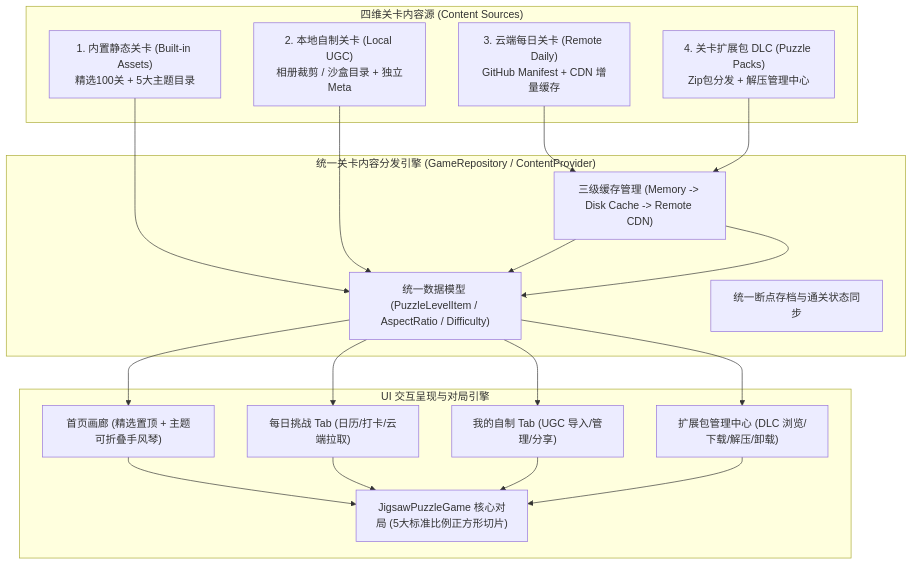
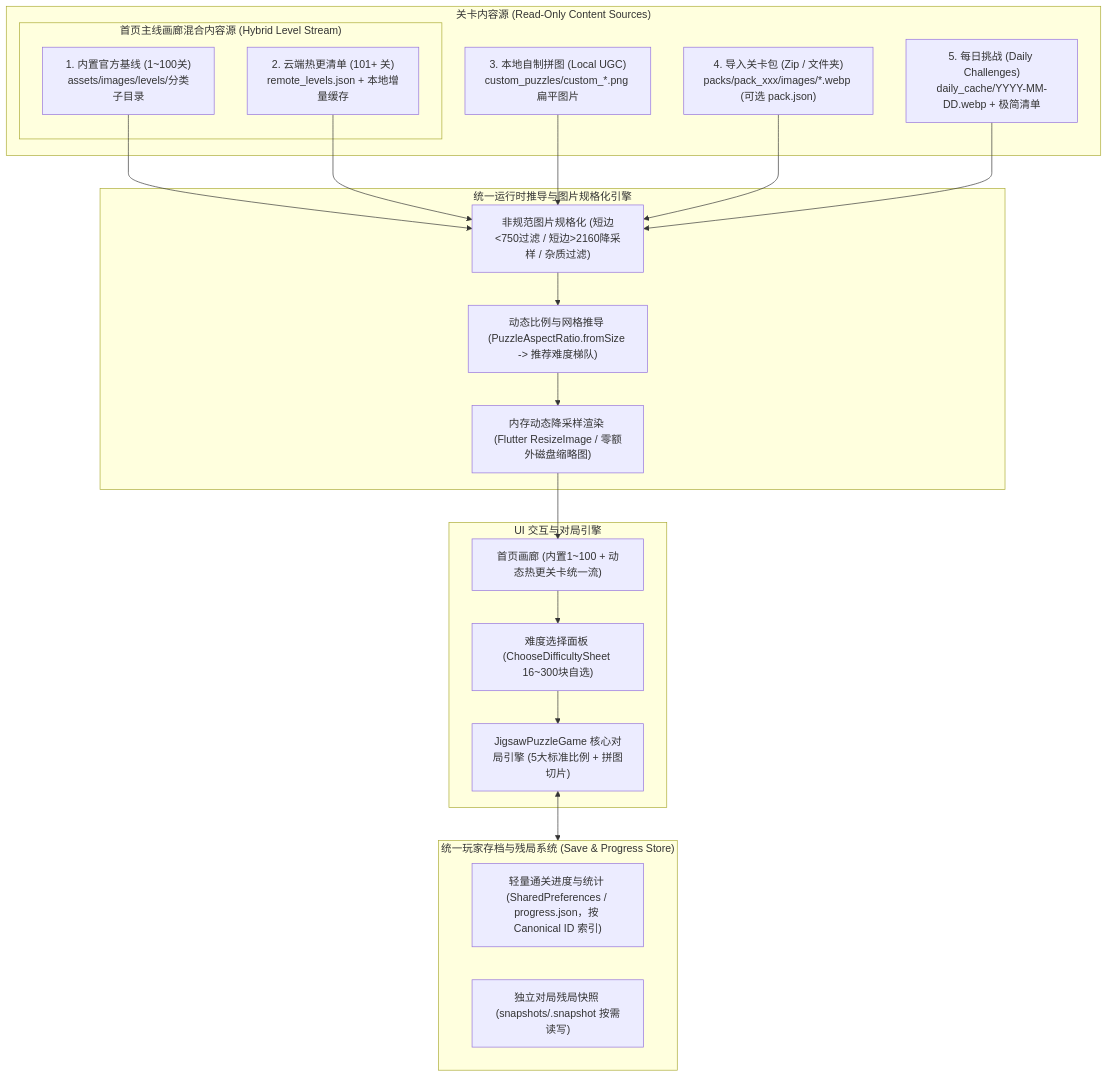
Before and after one commit to mcxiaoke/jigsaw-fox: the diagram in docs/puzzle-content-storage-and-expansion-design.md, drawn with Mermaid. The commit also changed other lines of this file and 13 other files, not shown here.

````diff
--- a/docs/puzzle-content-storage-and-expansion-design.md
+++ b/docs/puzzle-content-storage-and-expansion-design.md
@@ -17,34 +20,36 @@
 ```mermaid
 flowchart TD
-    subgraph ContentSources["四维关卡内容源 (Content Sources)"]
-        A["1. 内置静态关卡 (Built-in Assets)<br/>精选100关 + 5大主题目录"]
-        B["2. 本地自制关卡 (Local UGC)<br/>相册裁剪 / 沙盒目录 + 独立Meta"]
-        C["3. 云端每日关卡 (Remote Daily)<br/>GitHub Manifest + CDN 增量缓存"]
-        D["4. 关卡扩展包 DLC (Puzzle Packs)<br/>Zip包分发 + 解压管理中心"]
+    subgraph ContentSources["关卡内容源 (Read-Only Content Sources)"]
+        subgraph HybridGallery["首页主线画廊混合内容源 (Hybrid Level Stream)"]
+            A1["1. 内置官方基线 (1~100关)<br/>assets/images/levels/分类子目录"]
+            A2["2. 云端热更清单 (101+ 关)<br/>remote_levels.json + 本地增量缓存"]
+        end
+        B["3. 本地自制拼图 (Local UGC)<br/>custom_puzzles/custom_*.png 扁平图片"]
+        C["4. 导入关卡包 (Zip / 文件夹)<br/>packs/pack_xxx/images/*.webp (可选 pack.json)"]
+        D["5. 每日挑战 (Daily Challenges)<br/>daily_cache/YYYY-MM-DD.webp + 极简清单"]
     end
 
-    subgraph ContentProvider["统一关卡内容分发引擎 (GameRepository / ContentProvider)"]
-        E["统一数据模型 (PuzzleLevelItem / AspectRatio / Difficulty)"]
-        F["三级缓存管理 (Memory -> Disk Cache -> Remote CDN)"]
-        G["统一断点存档与通关状态同步"]
+    subgraph RuntimeEngine["统一运行时推导与图片规格化引擎"]
+        E["非规范图片规格化 (短边<750过滤 / 短边>2160降采样 / 杂质过滤)"]
+        F["动态比例与网格推导 (PuzzleAspectRatio.fromSize -> 推荐难度梯队)"]
+        G["内存动态降采样渲染 (Flutter ResizeImage / 零额外磁盘缩略图)"]
     end
 
-    subgraph Presentation["UI 交互呈现与对局引擎"]
-        H["首页画廊 (精选置顶 + 主题可折叠手风琴)"]
-        I["每日挑战 Tab (日历/打卡/云端拉取)"]
-        J["我的自制 Tab (UGC 导入/管理/分享)"]
-        K["扩展包管理中心 (DLC 浏览/下载/解压/卸载)"]
-        L["JigsawPuzzleGame 核心对局 (5大标准比例正方形切片)"]
+    subgraph SaveSystem["统一玩家存档与残局系统 (Save & Progress Store)"]
+        H["轻量通关进度与统计 (SharedPreferences / progress.json，按 Canonical ID 索引)"]
+        I["独立对局残局快照 (snapshots/<sanitized_id>.snapshot 按需读写)"]
     end
 
-    A --> E
-    B --> E
-    C --> F --> E
-    D --> F --> E
+    subgraph Presentation["UI 交互与对局引擎"]
+        J["首页画廊 (内置1~100 + 动态热更关卡统一流)"]
+        K["难度选择面板 (ChooseDifficultySheet 16~300块自选)"]
+        L["JigsawPuzzleGame 核心对局引擎 (5大标准比例 + 拼图切片)"]
+    end
 
-    E --> H
-    E --> I
-    E --> J
-    E --> K
-    H & I & J & K --> L
+    A1 & A2 --> E
+    B & C & D --> E
+    E --> F
+    F --> G --> J
+    J --> K --> L
+    L <--> SaveSystem
 ```
````
